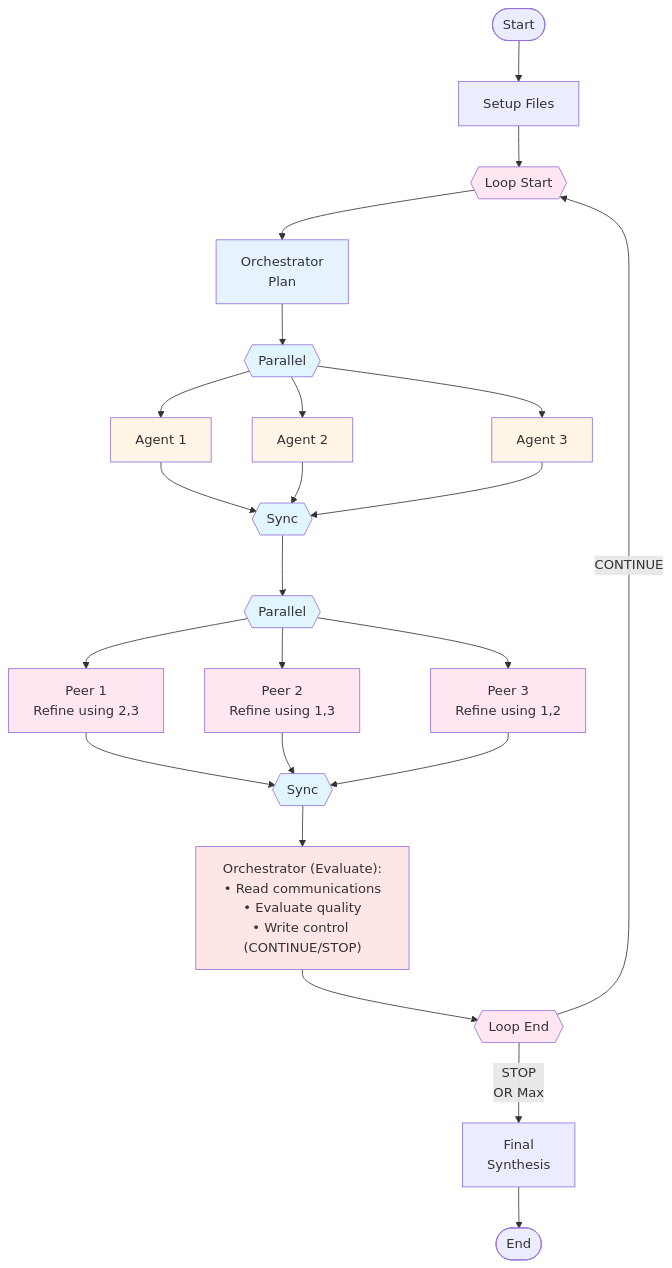
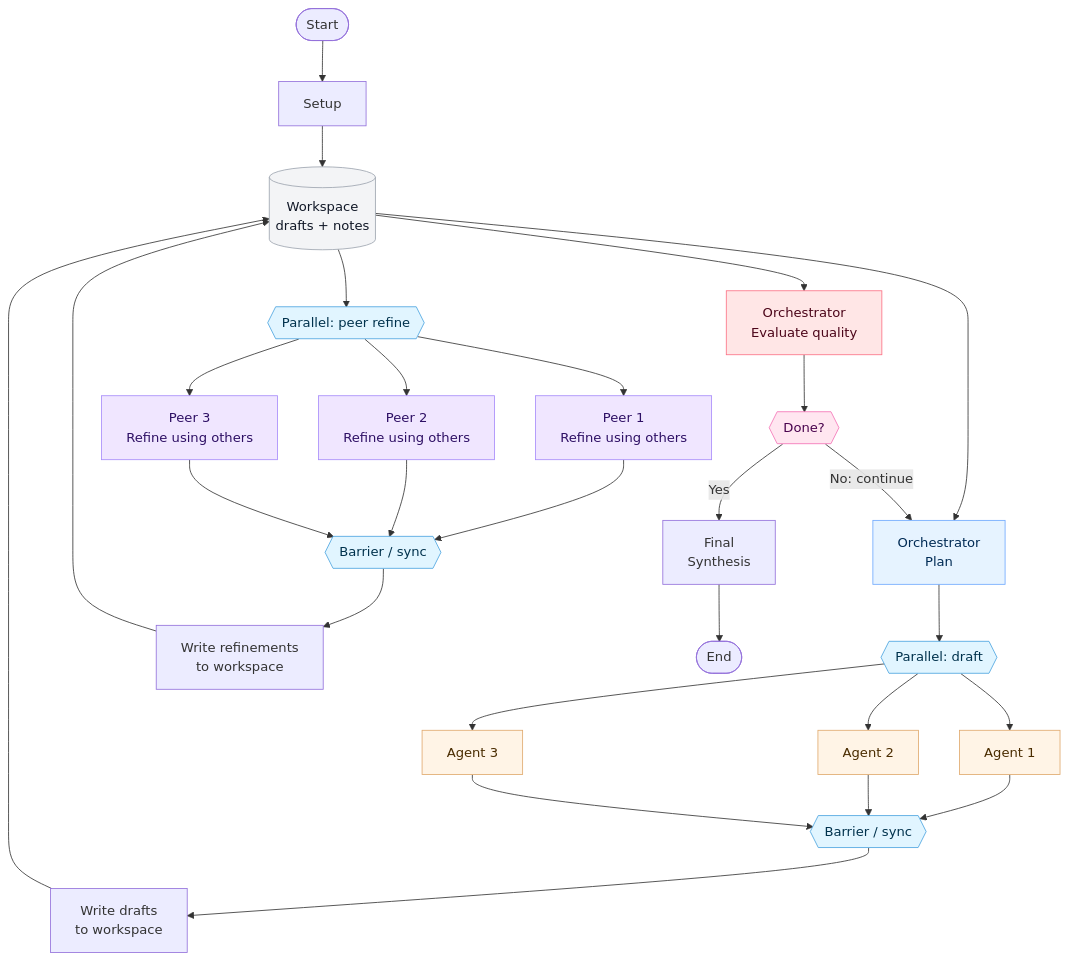
The fourth of 4 diagrams in docs/agent-org.mdx (AntigmaLabs/ante-preview), drawn with Mermaid before and after one commit. The commit also changed other lines of this file and 3 other files, not shown here.

````diff
--- a/docs/agent-org.mdx
+++ b/docs/agent-org.mdx
@@ -124,52 +127,52 @@
 ```mermaid
 flowchart TB
-    Start([Start]) --> Setup[Setup Files]
+  classDef control fill:#e1f5ff,stroke:#4aa3df,color:#00324d;
+  classDef agent fill:#fff4e6,stroke:#e0a96d,color:#4a2c00;
+  classDef peer fill:#f0e6ff,stroke:#a78bfa,color:#2e1065;
+  classDef orch fill:#e6f3ff,stroke:#6ea8fe,color:#002b55;
+  classDef eval fill:#ffe6e6,stroke:#fb7185,color:#4c0519;
+  classDef state fill:#f3f4f6,stroke:#9ca3af,color:#111827;
+  classDef decision fill:#ffe6f0,stroke:#f472b6,color:#4a044e;
 
-    Setup --> LS{{"Loop Start"}}
+  Start([Start]) --> Setup[Setup]
+  Setup --> Workspace[(Workspace<br/>drafts + notes)]
 
-    LS --> Orch["Orchestrator<br/>Plan"]
+  Workspace --> Orch[Orchestrator<br/>Plan]
+  Orch --> Fanout1{{Parallel: draft}}
+  Fanout1 --> A1[Agent 1]
+  Fanout1 --> A2[Agent 2]
+  Fanout1 --> A3[Agent 3]
 
-    Orch --> Par1{{"Parallel"}}
+  A1 --> Barrier1{{Barrier / sync}}
+  A2 --> Barrier1
+  A3 --> Barrier1
 
-    Par1 --> A1[Agent 1]
-    Par1 --> A2[Agent 2]
-    Par1 --> A3[Agent 3]
+  Barrier1 --> Write1[Write drafts<br/>to workspace]
+  Write1 --> Workspace
 
-    A1 --> Sync1{{"Sync"}}
-    A2 --> Sync1
-    A3 --> Sync1
+  Workspace --> Fanout2{{Parallel: peer refine}}
+  Fanout2 --> PR1[Peer 1<br/>Refine using others]
+  Fanout2 --> PR2[Peer 2<br/>Refine using others]
+  Fanout2 --> PR3[Peer 3<br/>Refine using others]
 
-    Sync1 --> Par2{{"Parallel"}}
+  PR1 --> Barrier2{{Barrier / sync}}
+  PR2 --> Barrier2
+  PR3 --> Barrier2
 
-    Par2 --> PR1["Peer 1<br/>Refine using 2,3"]
-    Par2 --> PR2["Peer 2<br/>Refine using 1,3"]
-    Par2 --> PR3["Peer 3<br/>Refine using 1,2"]
+  Barrier2 --> Write2[Write refinements<br/>to workspace]
+  Write2 --> Workspace
 
-    PR1 --> Sync2{{"Sync"}}
-    PR2 --> Sync2
-    PR3 --> Sync2
+  Workspace --> OrchEval[Orchestrator<br/>Evaluate quality]
+  OrchEval --> Stop{{Done?}}
+  Stop -->|No: continue| Orch
+  Stop -->|Yes| Final[Final<br/>Synthesis]
+  Final --> End([End])
 
-    Sync2 --> OrchEval["Orchestrator (Evaluate):<br/>• Read communications<br/>• Evaluate quality<br/>• Write control (CONTINUE/STOP)"]
-
-    OrchEval --> LE{{"Loop End"}}
-
-    LE -->|STOP<br/>OR Max| Final[Final<br/>Synthesis]
-    LE -->|CONTINUE| LS
-
-    Final --> End([End])
-
-    style Orch fill:#e6f3ff
-    style Par1 fill:#e1f5ff
-    style Par2 fill:#e1f5ff
-    style Sync1 fill:#e1f5ff
-    style Sync2 fill:#e1f5ff
-    style A1 fill:#fff4e6
-    style A2 fill:#fff4e6
-    style A3 fill:#fff4e6
-    style PR1 fill:#ffe6f0
-    style PR2 fill:#ffe6f0
-    style PR3 fill:#ffe6f0
-    style OrchEval fill:#ffe6e6
-    style LS fill:#ffe6f0
-    style LE fill:#ffe6f0
+  class Fanout1,Fanout2,Barrier1,Barrier2 control;
+  class A1,A2,A3 agent;
+  class PR1,PR2,PR3 peer;
+  class Orch orch;
+  class OrchEval eval;
+  class Workspace state;
+  class Stop decision;
 ```
````
